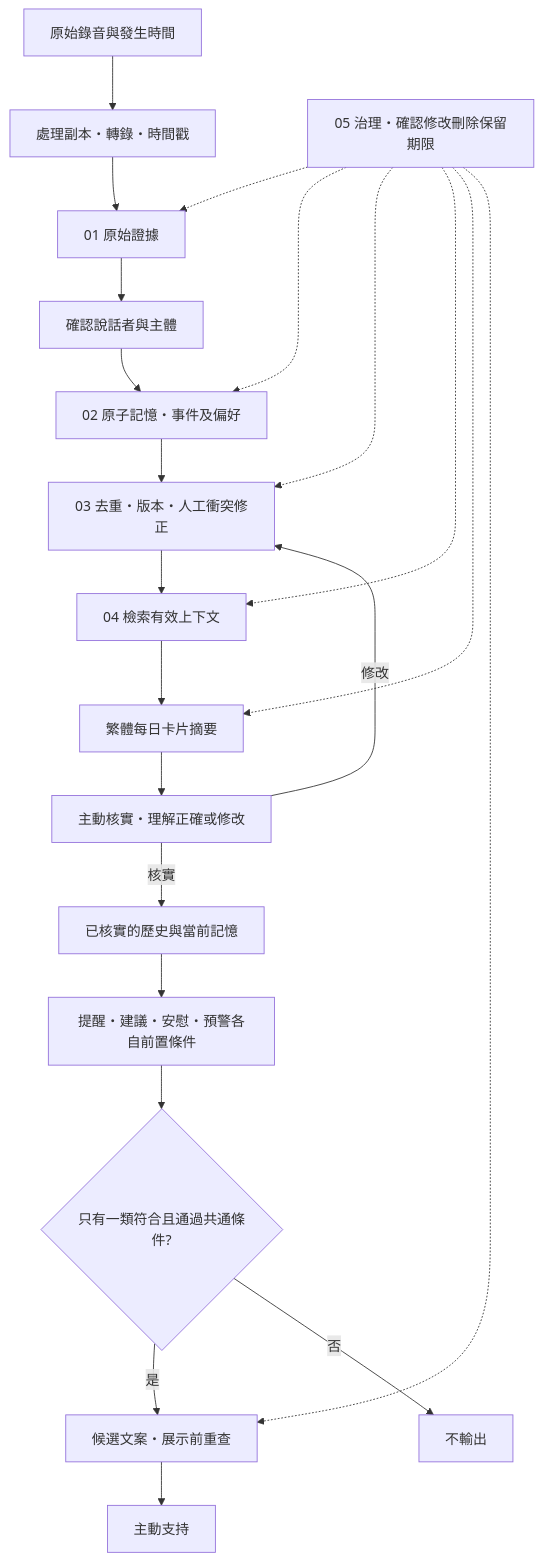
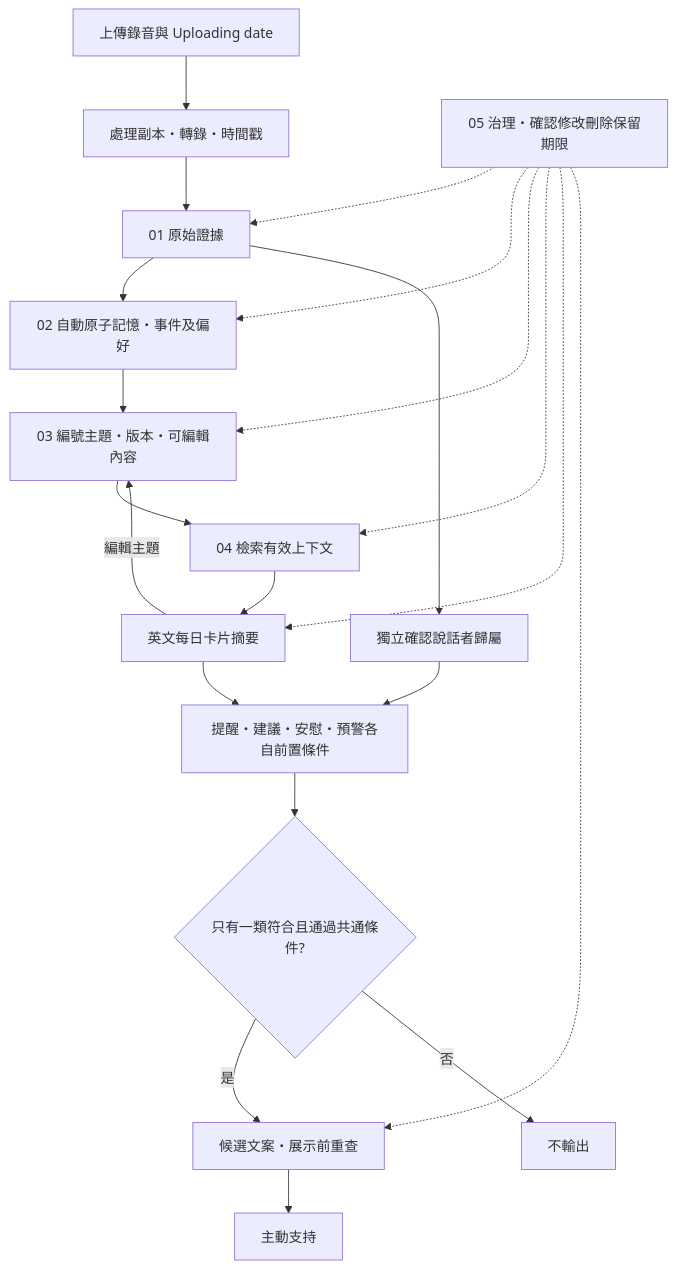
One commit to macaqueedmai-wq/Hear-You-Are---Software---Demo changed the diagram in README.md. Above: the diagram before and after it, drawn with Mermaid. The commit also changed other lines of this file and 92 other files, not shown here.

````diff
--- a/README.md
+++ b/README.md
@@ -73,24 +81,23 @@
 ```mermaid
 flowchart TD
-  A[原始錄音與發生時間] --> B[處理副本・轉錄・時間戳]
+  A[上傳錄音與 Uploading date] --> B[處理副本・轉錄・時間戳]
   B --> C[01 原始證據]
-  C --> D[確認說話者與主體]
-  D --> E[02 原子記憶・事件及偏好]
-  E --> F[03 去重・版本・人工衝突修正]
+  C --> E[02 自動原子記憶・事件及偏好]
+  E --> F[03 編號主題・版本・可編輯內容]
   F --> G[04 檢索有效上下文]
-  G --> H[繁體每日卡片摘要]
-  H --> R[主動核實・理解正確或修改]
-  R -->|修改| F
-  R -->|核實| S[已核實的歷史與當前記憶]
-  S --> I[提醒・建議・安慰・預警各自前置條件]
+  G --> H[英文每日卡片摘要]
+  H -->|編輯主題| F
+  H --> I[提醒・建議・安慰・預警各自前置條件]
+  C --> D[獨立確認說話者歸屬]
+  D --> I
   I --> J{只有一類符合且通過共通條件?}
   J -->|是| K[候選文案・展示前重查]
   J -->|否| L[不輸出]
   K --> M[主動支持]
   N[05 治理・確認修改刪除保留期限] -.-> C
   N -.-> E
   N -.-> F
   N -.-> G
   N -.-> H
   N -.-> K
 ```
````
